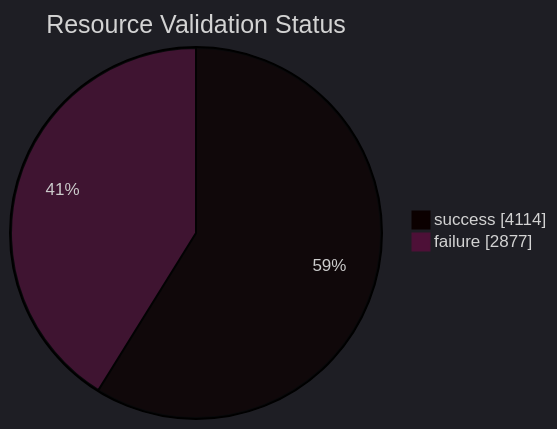
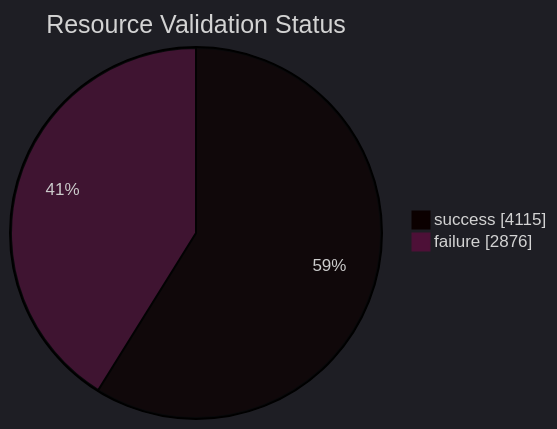
One commit to open-data/analytics-corporate-reporting changed the first of 5 diagrams in datastore_tracker/README.md. Above: the diagram before and after it, drawn with Mermaid. The commit also changed 9 other files, not shown here.

````diff
--- a/datastore_tracker/README.md
+++ b/datastore_tracker/README.md
@@ -20,9 +20,9 @@
 ```mermaid
 ---
 config:
   theme: dark
 ---
 pie showData title Resource Validation Status
-    "success": 4114
-    "failure": 2877
+    "success": 4115
+    "failure": 2876
 ```
````
